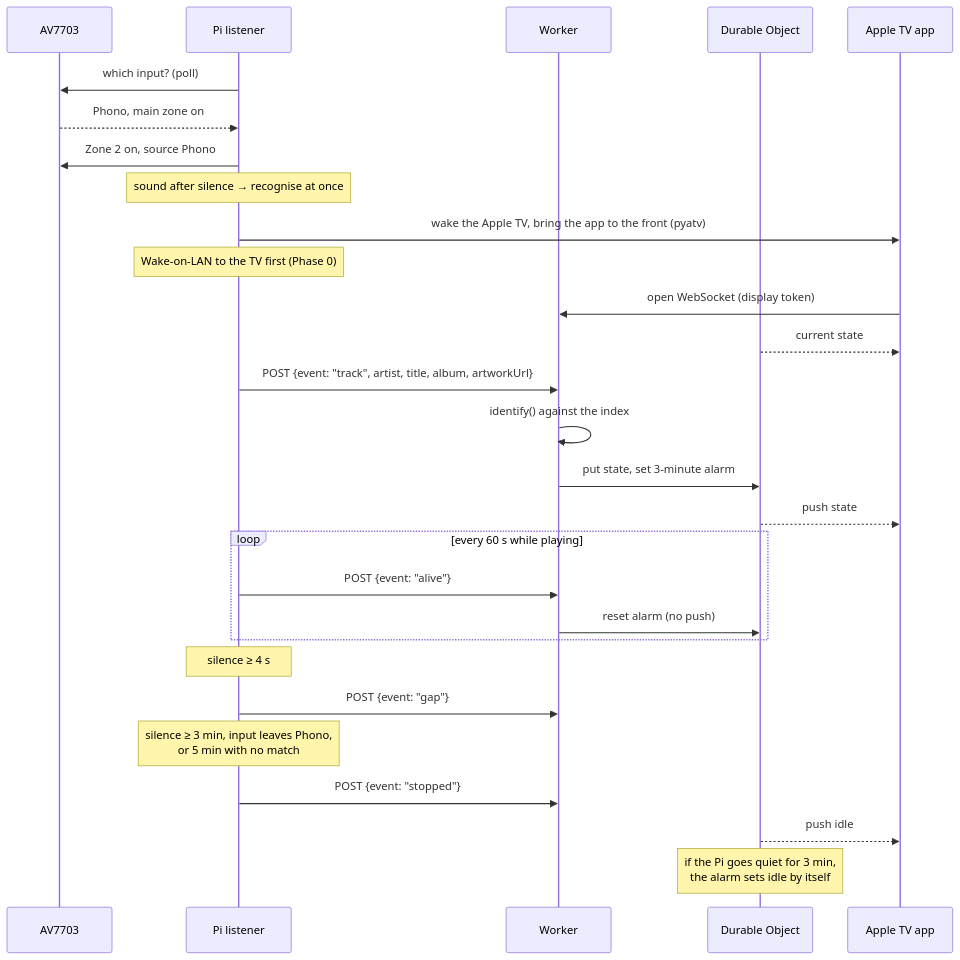
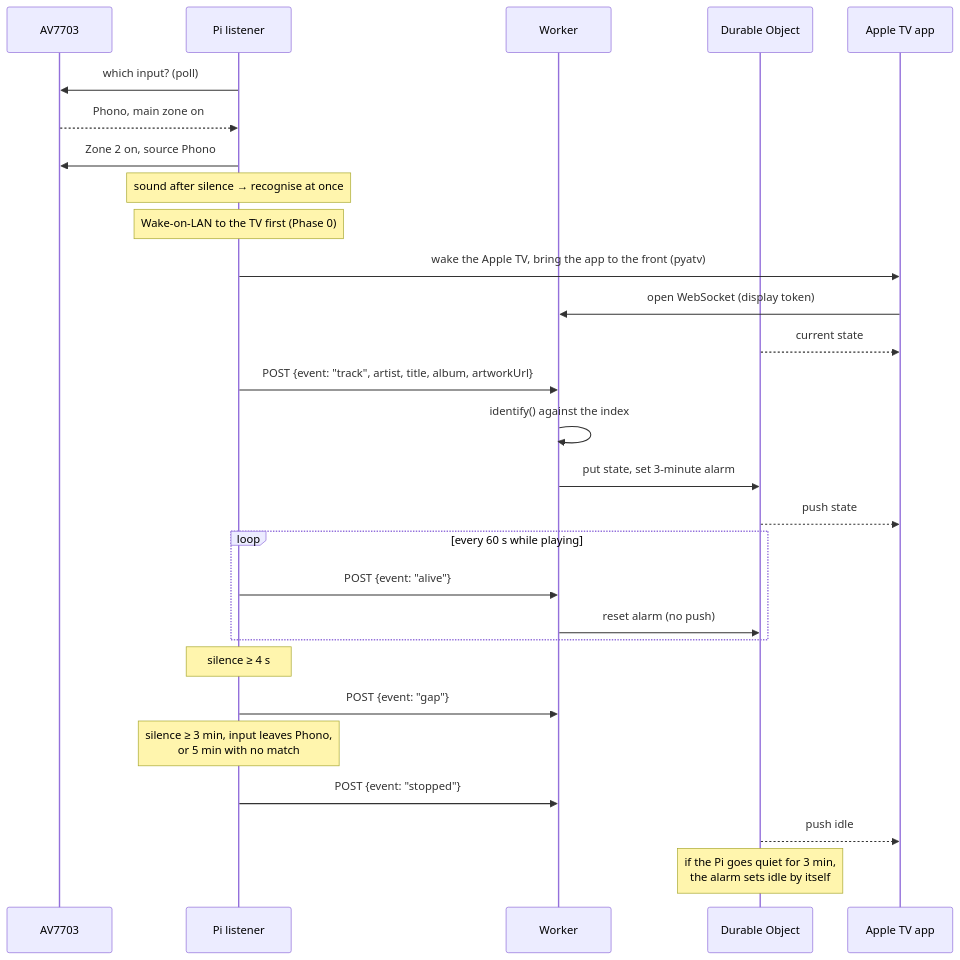
One commit to mmorper/concerts changed the second of 2 diagrams in docs/specs/future/global-now-spinning/global-now-spinning-spec.md. Above: the diagram before and after it, drawn with Mermaid. The commit also changed other lines of this file, not shown here.

````diff
--- a/docs/specs/future/global-now-spinning/global-now-spinning-spec.md
+++ b/docs/specs/future/global-now-spinning/global-now-spinning-spec.md
@@ -155,30 +155,30 @@
 ```mermaid
 sequenceDiagram
   participant AVR as AV7703
   participant Pi as Pi listener
   participant W as Worker
   participant DO as Durable Object
   participant TV as Apple TV app
   Pi->>AVR: which input? (poll)
   AVR-->>Pi: Phono, main zone on
   Pi->>AVR: Zone 2 on, source Phono
   Note over Pi: sound after silence → recognise at once
+  Note over Pi: Wake-on-LAN to the TV first (Phase 0)
   Pi->>TV: wake the Apple TV, bring the app to the front (pyatv)
-  Note over Pi: Wake-on-LAN to the TV first (Phase 0)
   TV->>W: open WebSocket (display token)
   DO-->>TV: current state
   Pi->>W: POST {event: "track", artist, title, album, artworkUrl}
   W->>W: identify() against the index
   W->>DO: put state, set 3-minute alarm
   DO-->>TV: push state
   loop every 60 s while playing
     Pi->>W: POST {event: "alive"}
     W->>DO: reset alarm (no push)
   end
   Note over Pi: silence ≥ 4 s
   Pi->>W: POST {event: "gap"}
   Note over Pi: silence ≥ 3 min, input leaves Phono,<br/>or 5 min with no match
   Pi->>W: POST {event: "stopped"}
   DO-->>TV: push idle
   Note over DO: if the Pi goes quiet for 3 min,<br/>the alarm sets idle by itself
 ```
````
